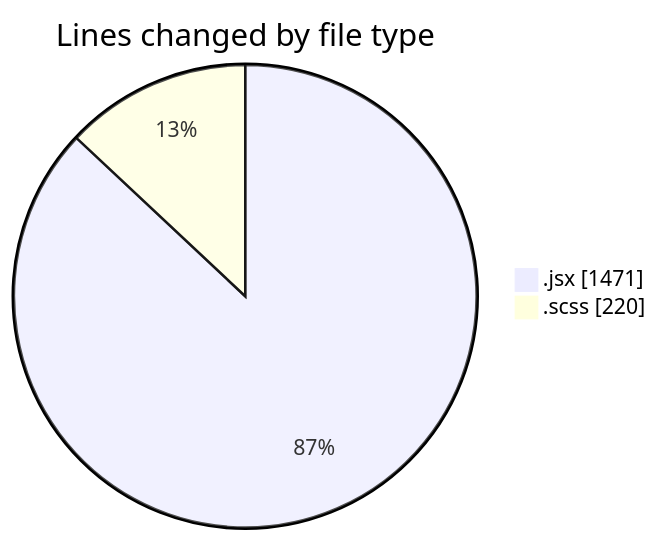
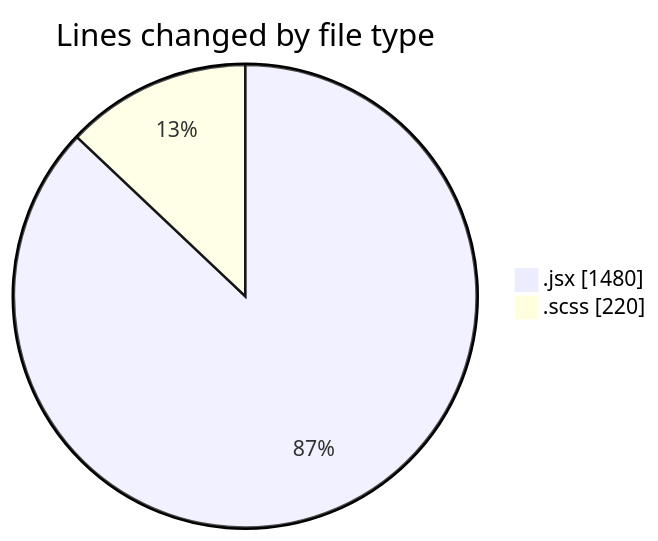
The first of 2 diagrams in 2026-09-02/cda/README.md (momahboobian/code-tracking), drawn with Mermaid before and after one commit. The commit also changed other lines of this file and 1 other file, not shown here.

````diff
--- a/2026-09-02/cda/README.md
+++ b/2026-09-02/cda/README.md
@@ -26,6 +26,6 @@
 ```mermaid
 pie showData
 title Lines changed by file type
-".jsx" : 1471
+".jsx" : 1480
 ".scss" : 220
 ```
````
